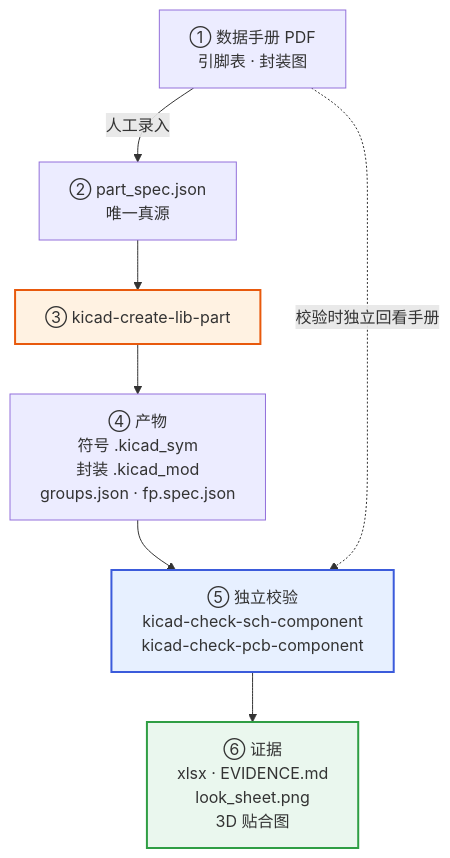
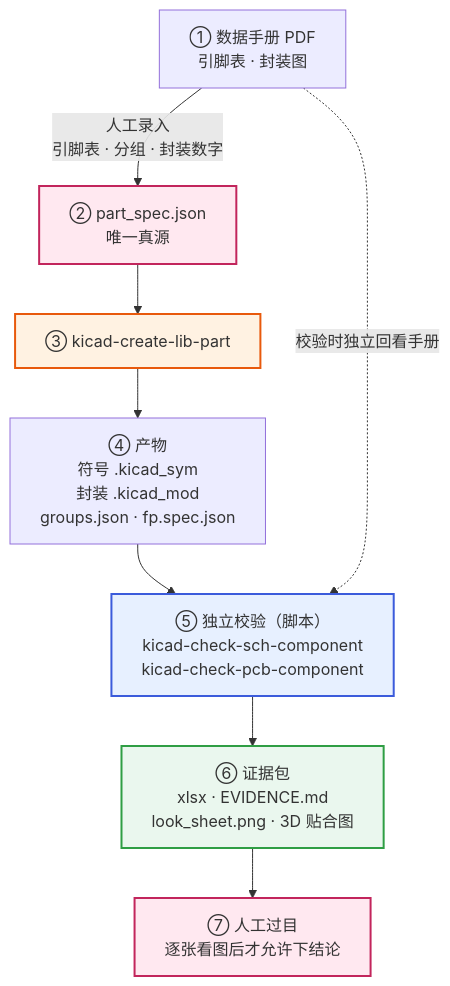
Before and after one commit to Kr1s0326/kicad-hardware-toolkit: the diagram in README.md, drawn with Mermaid. The commit also changed other lines of this file, not shown here.

Commit message:
架构图补上第二个、也是更关键的那个人工环节
用户看 mermaid 图时问「人工录入是在这一步吗？？？」，核对后确认：
图上只画了人工环节的一半。

人工在整条链路上出现两次，缺一不可：

  ①→② 写 spec       引脚表 / 功能分组 / 封装数字
  ⑦ 人工过目         逐张看 look_sheet.png / fit3d_*.png 之后才允许下结论

第二处才是设计的关键约束（"没看过图不许说已验证"），原图完全没体现。
另外原来只说「人工录入」，没说录的是什么 —— 现在标出内容，
并如实区分：引脚表是半自动的（pdf_pins.py 只认 TI 那套英文表，
中文手册抽不出来），而功能分组和封装数字**永远是人工的**
（手册不写分组，机械图数字读不出来）。

改法：加节点 ⑦ 人工过目，把 ② 和 ⑦ 标成粉色（人工），
①→② 的边标签写明内容。
照例先渲染成 PNG 看效果再定稿（中途一版边标签折行把「字」挤到单独一行）。

验证：从 README.md 里抠出 mermaid 块重新渲染，868x1964 通过。

````diff
--- a/README.md
+++ b/README.md
@@ -5,24 +5,28 @@
 ```mermaid
-%%{init: {"flowchart": {"wrappingWidth": 420}}}%%
+%%{init: {"flowchart": {"wrappingWidth": 460}}}%%
 flowchart TD
     DS["① 数据手册 PDF<br/>引脚表 · 封装图"]
     SPEC["② part_spec.json<br/>唯一真源"]
     GEN["③ kicad-create-lib-part"]
     ART["④ 产物<br/>符号 .kicad_sym<br/>封装 .kicad_mod<br/>groups.json · fp.spec.json"]
-    CHK["⑤ 独立校验<br/>kicad-check-sch-component<br/>kicad-check-pcb-component"]
-    REP["⑥ 证据<br/>xlsx · EVIDENCE.md<br/>look_sheet.png<br/>3D 贴合图"]
+    CHK["⑤ 独立校验（脚本）<br/>kicad-check-sch-component<br/>kicad-check-pcb-component"]
+    REP["⑥ 证据包<br/>xlsx · EVIDENCE.md<br/>look_sheet.png · 3D 贴合图"]
+    LOOK["⑦ 人工过目<br/>逐张看图后才允许下结论"]
 
-    DS -->|人工录入| SPEC
+    DS -->|"人工录入<br/>引脚表 · 分组 · 封装数字"| SPEC
     SPEC --> GEN
     GEN --> ART
     ART --> CHK
     CHK --> REP
+    REP --> LOOK
     DS -.->|校验时独立回看手册| CHK
 
     classDef gen fill:#fff2e2,stroke:#e8590c,stroke-width:2px
     classDef chk fill:#e7f0ff,stroke:#3b5bdb,stroke-width:2px
     classDef rep fill:#eaf7ee,stroke:#2f9e44,stroke-width:2px
+    classDef man fill:#ffe8f0,stroke:#c2255c,stroke-width:2px
     class GEN gen
     class CHK chk
     class REP rep
+    class SPEC,LOOK man
 ```
````
